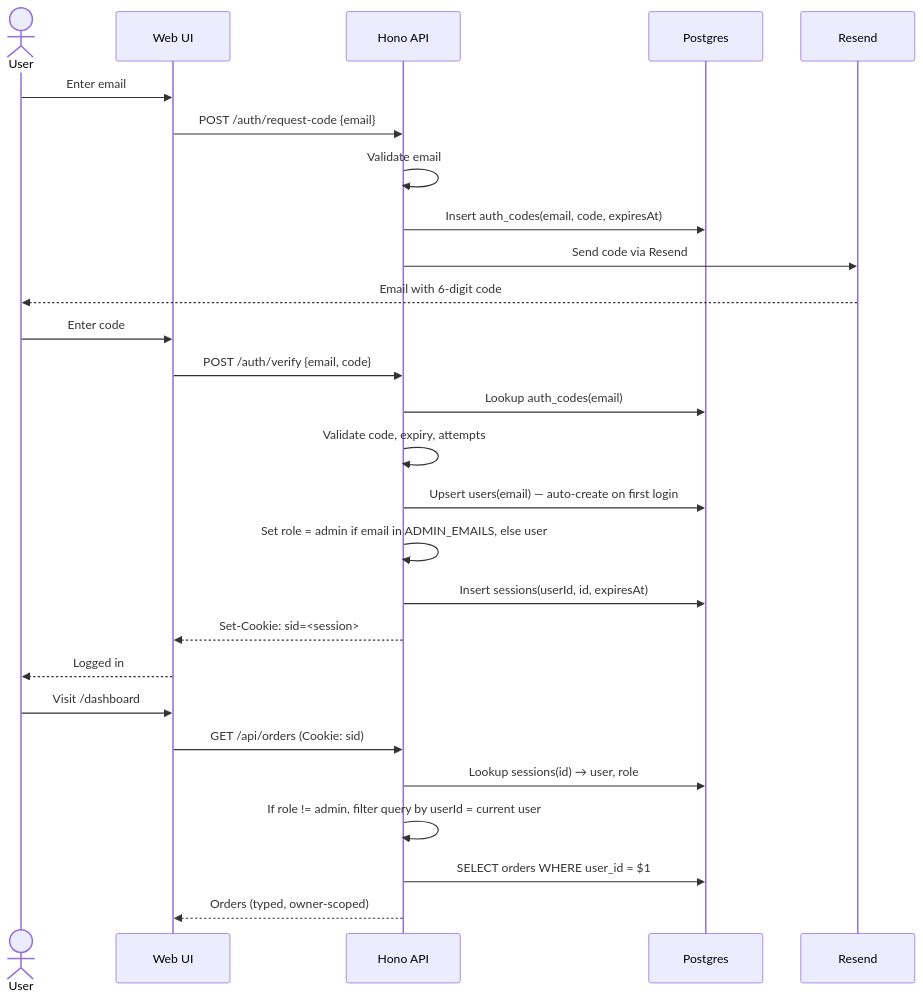
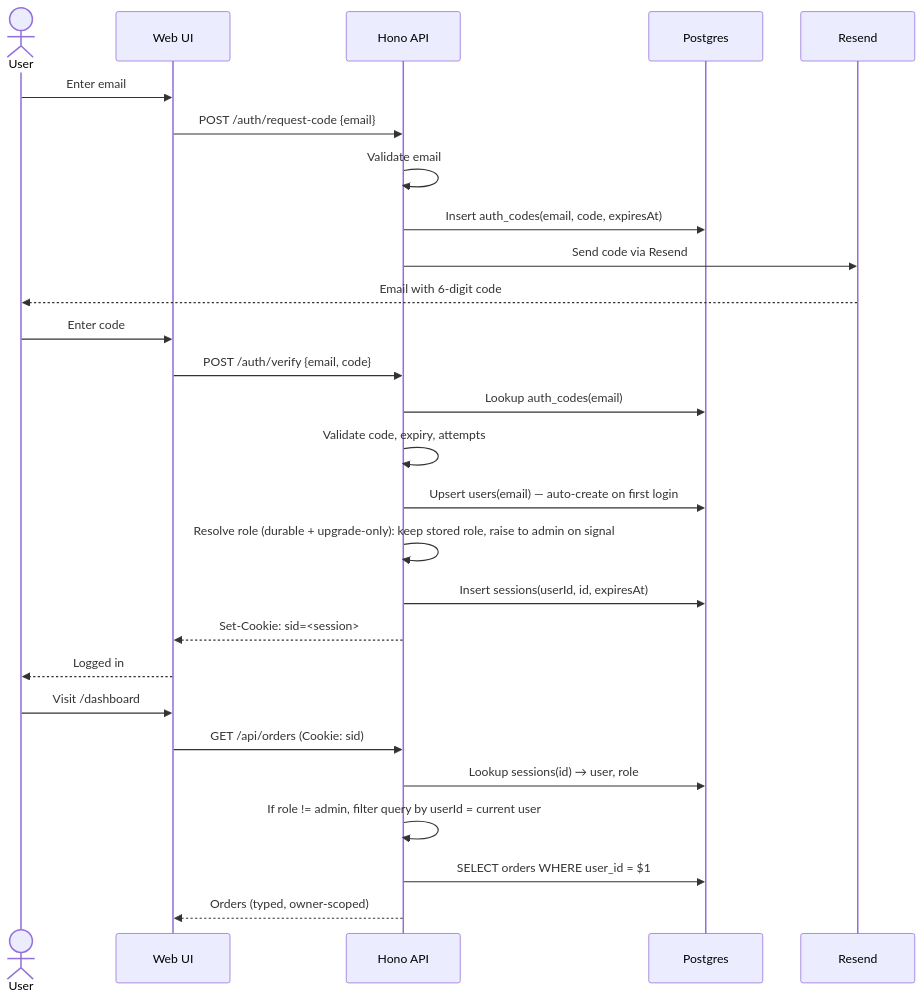
The first of 2 diagrams in docs/BACKEND_DESIGN.md (semi-sentient/vibe-starter), drawn with Mermaid before and after one commit. The commit also changed other lines of this file and 6 other files, not shown here.

````diff
--- a/docs/BACKEND_DESIGN.md
+++ b/docs/BACKEND_DESIGN.md
@@ -364,32 +364,32 @@
 ```mermaid
 sequenceDiagram
   actor User
   participant Web as Web UI
   participant API as Hono API
   participant DB as Postgres
   participant Mail as Resend
 
   User->>Web: Enter email
   Web->>API: POST /auth/request-code {email}
   API->>API: Validate email
   API->>DB: Insert auth_codes(email, code, expiresAt)
   API->>Mail: Send code via Resend
   Mail-->>User: Email with 6-digit code
 
   User->>Web: Enter code
   Web->>API: POST /auth/verify {email, code}
   API->>DB: Lookup auth_codes(email)
   API->>API: Validate code, expiry, attempts
   API->>DB: Upsert users(email) — auto-create on first login
-  API->>API: Set role = admin if email in ADMIN_EMAILS, else user
+  API->>API: Resolve role (durable + upgrade-only): keep stored role, raise to admin on signal
   API->>DB: Insert sessions(userId, id, expiresAt)
   API-->>Web: Set-Cookie: sid=<session>
   Web-->>User: Logged in
 
   User->>Web: Visit /dashboard
   Web->>API: GET /api/orders  (Cookie: sid)
   API->>DB: Lookup sessions(id) → user, role
   API->>API: If role != admin, filter query by userId = current user
   API->>DB: SELECT orders WHERE user_id = $1
   API-->>Web: Orders (typed, owner-scoped)
 ```
````
